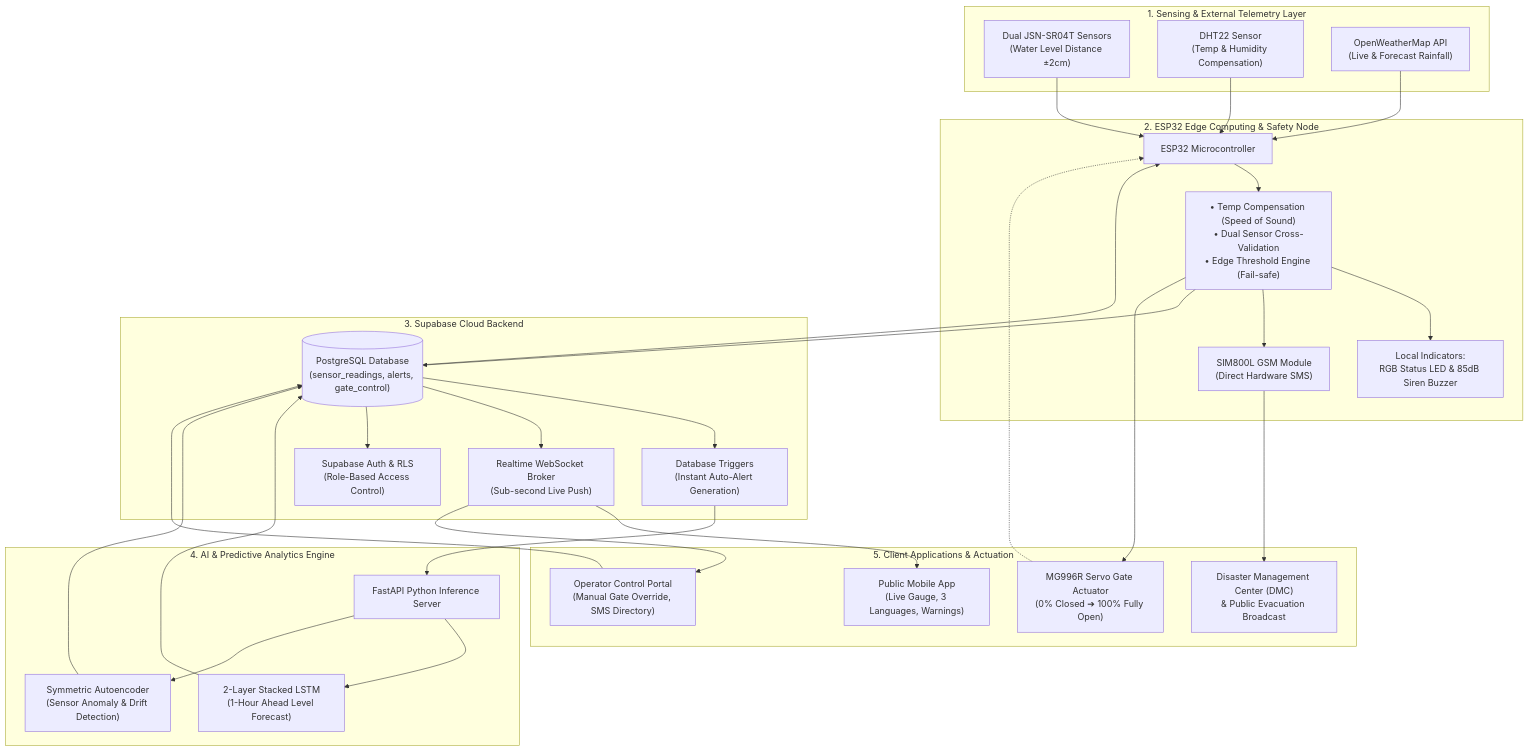
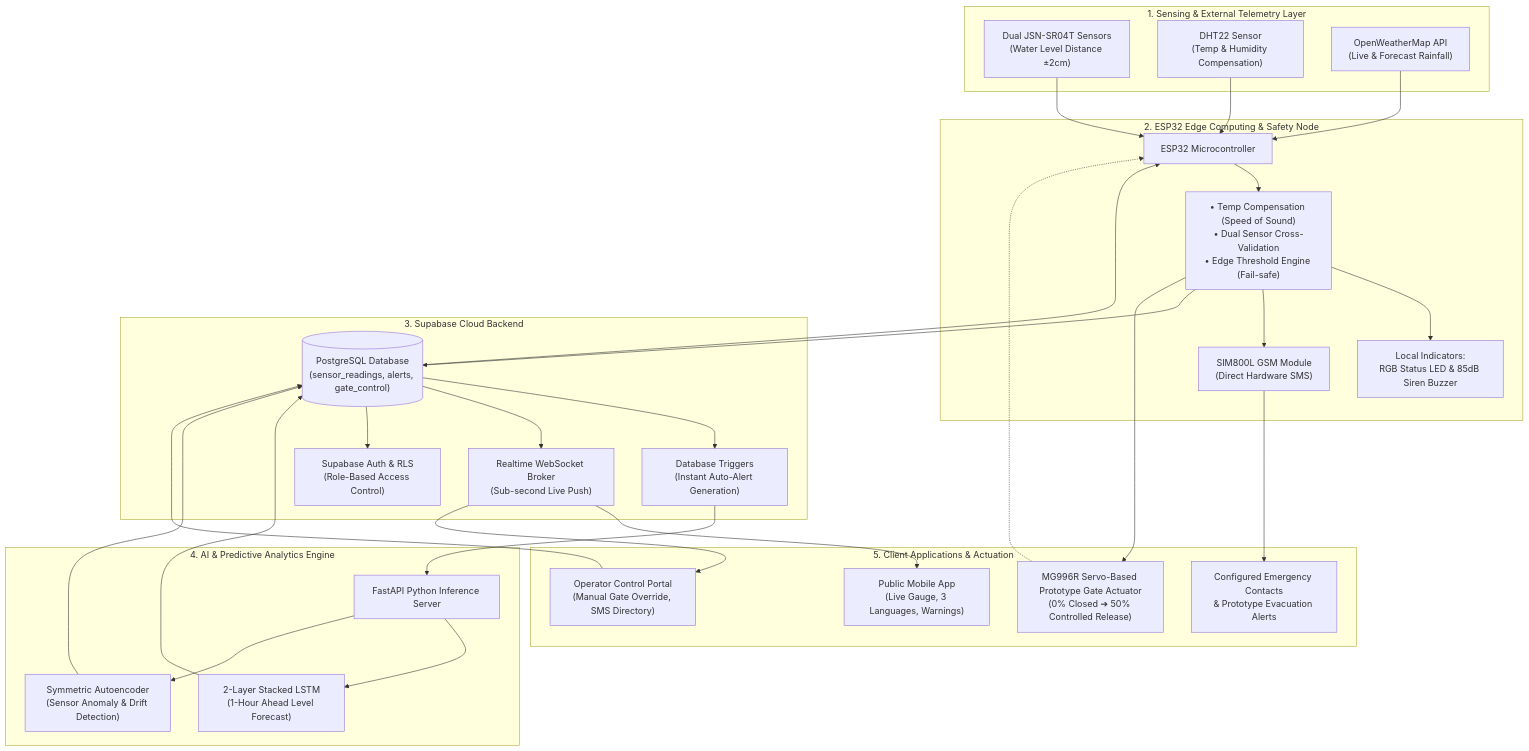
One commit to AdrianDias2023/SDAS_PROJECT changed the diagram in README.md. Above: the diagram before and after it, drawn with Mermaid. The commit also changed other lines of this file and 4 other files, not shown here.

````diff
--- a/README.md
+++ b/README.md
@@ -42,69 +42,69 @@
 ```mermaid
 graph TD
     %% SENSING & EXTERNAL INPUTS
     subgraph SENSING_LAYER ["1. Sensing & External Telemetry Layer"]
         S1["Dual JSN-SR04T Sensors<br/>(Water Level Distance ±2cm)"]
         S2["DHT22 Sensor<br/>(Temp & Humidity Compensation)"]
         EXT1["OpenWeatherMap API<br/>(Live & Forecast Rainfall)"]
     end
 
     %% EDGE PROCESSING LAYER
     subgraph EDGE_LAYER ["2. ESP32 Edge Computing & Safety Node"]
         ESP["ESP32 Microcontroller"]
         FUSION["• Temp Compensation (Speed of Sound)<br/>• Dual Sensor Cross-Validation<br/>• Edge Threshold Engine (Fail-safe)"]
         LOCAL_ACT["Local Indicators:<br/>RGB Status LED & 85dB Siren Buzzer"]
         GSM["SIM800L GSM Module<br/>(Direct Hardware SMS)"]
     end
 
     %% CLOUD & BACKEND LAYER
     subgraph CLOUD_LAYER ["3. Supabase Cloud Backend"]
         DB[("PostgreSQL Database<br/>(sensor_readings, alerts, gate_control)")]
         AUTH["Supabase Auth & RLS<br/>(Role-Based Access Control)"]
         TRIGGERS["Database Triggers<br/>(Instant Auto-Alert Generation)"]
         REALTIME["Realtime WebSocket Broker<br/>(Sub-second Live Push)"]
     end
 
     %% AI / ML INFERENCE LAYER
     subgraph ML_LAYER ["4. AI & Predictive Analytics Engine"]
         SERVER["FastAPI Python Inference Server"]
         LSTM["2-Layer Stacked LSTM<br/>(1-Hour Ahead Level Forecast)"]
         AE["Symmetric Autoencoder<br/>(Sensor Anomaly & Drift Detection)"]
     end
 
     %% APPLICATION & ACTUATION LAYER
     subgraph APP_ACTUATION_LAYER ["5. Client Applications & Actuation"]
         APP_PUB["Public Mobile App<br/>(Live Gauge, 3 Languages, Warnings)"]
         APP_OP["Operator Control Portal<br/>(Manual Gate Override, SMS Directory)"]
-        SERVO["MG996R Servo Gate Actuator<br/>(0% Closed ➔ 100% Fully Open)"]
-        DMC["Disaster Management Center (DMC)<br/>& Public Evacuation Broadcast"]
+        SERVO["MG996R Servo-Based Prototype Gate Actuator<br/>(0% Closed ➔ 50% Controlled Release)"]
+        DMC["Configured Emergency Contacts<br/>& Prototype Evacuation Alerts"]
     end
 
     %% CONNECTIONS & DATA FLOW
     S1 --> ESP
     S2 --> ESP
     EXT1 --> ESP
     
     ESP --> FUSION
     FUSION --> LOCAL_ACT
     FUSION --> GSM
     GSM --> DMC
     FUSION --> DB
 
     DB --> TRIGGERS
     DB --> REALTIME
     DB --> AUTH
 
     TRIGGERS --> SERVER
     SERVER --> LSTM
     SERVER --> AE
     LSTM --> DB
     AE --> DB
 
     REALTIME --> APP_PUB
     REALTIME --> APP_OP
 
     APP_OP --> DB
     DB --> ESP
     FUSION --> SERVO
     SERVO -.-> ESP
 ```
````
